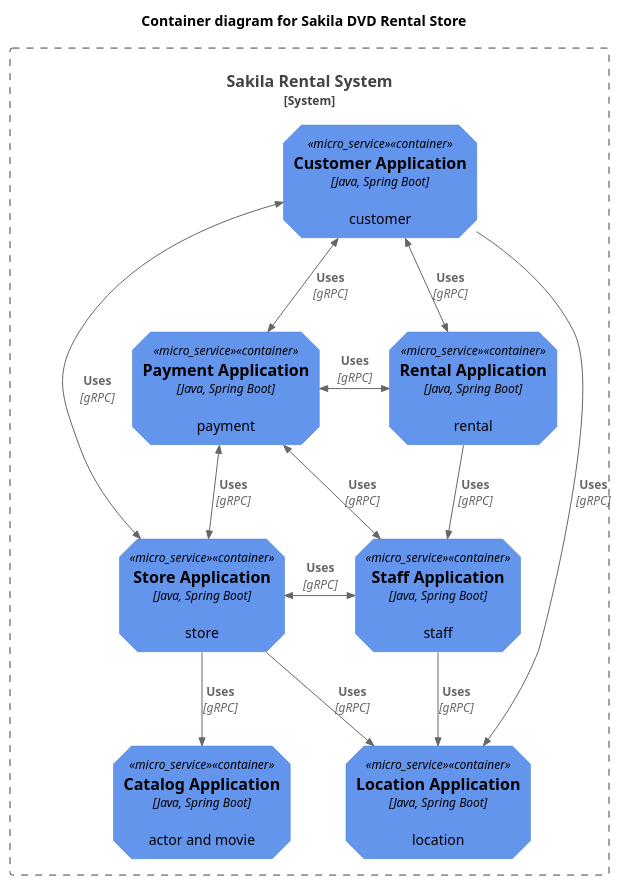
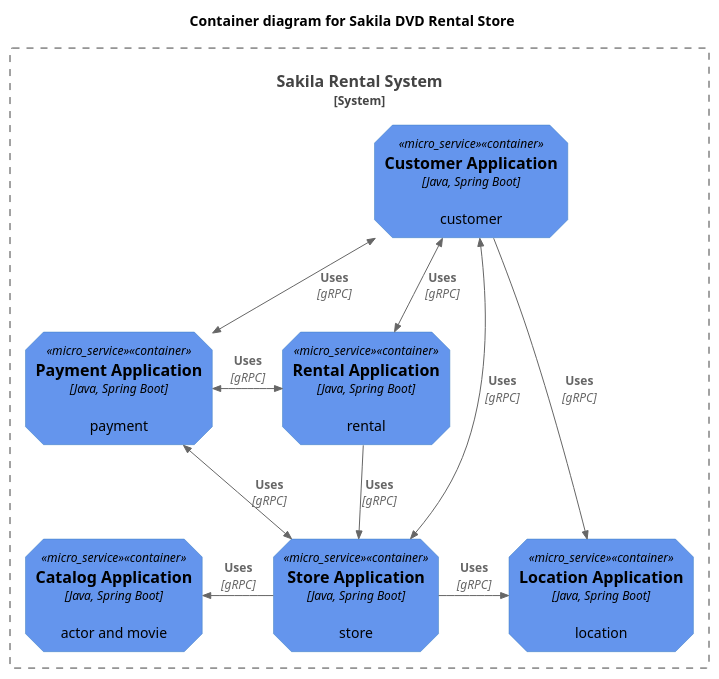
The diagram in diagram/sakila-container.puml (codejsha/sakila-microservices), drawn with PlantUML before and after one commit. The commit also changed 33 other files, not shown here.

Commit message:
update architecture

```diff
--- a/diagram/sakila-container.puml
+++ b/diagram/sakila-container.puml
@@ -1,36 +1,31 @@
 @startuml "sakila-container"
 !include https://raw.githubusercontent.com/plantuml-stdlib/C4-PlantUML/master/C4_Container.puml
 
 AddElementTag("micro_service", $shape=EightSidedShape(), $bgColor="CornflowerBlue", $fontColor="black", $legendText="micro service\neight sided")
 AddElementTag("storage", $shape=RoundedBoxShape(), $bgColor="lightSkyBlue", $fontColor="black")
 
 title Container diagram for Sakila DVD Rental Store
 
 System_Boundary(sakila, "Sakila Rental System") {
     Container(catalog_app, "Catalog Application", "Java, Spring Boot", "actor and movie", $tags = "micro_service")
     Container(customer_app, "Customer Application", "Java, Spring Boot", "customer", $tags = "micro_service")
     Container(location_app, "Location Application", "Java, Spring Boot", "location", $tags = "micro_service")
     Container(payment_app, "Payment Application", "Java, Spring Boot", "payment", $tags = "micro_service")
     Container(rental_app, "Rental Application", "Java, Spring Boot", "rental", $tags = "micro_service")
-    Container(staff_app, "Staff Application", "Java, Spring Boot", "staff", $tags = "micro_service")
     Container(store_app, "Store Application", "Java, Spring Boot", "store", $tags = "micro_service")
 }
 
 Rel_D(customer_app, location_app, "Uses", "gRPC")
 BiRel(customer_app, payment_app, "Uses", "gRPC")
 BiRel(customer_app, rental_app, "Uses", "gRPC")
 BiRel(customer_app, store_app, "Uses", "gRPC")
 
 BiRel_R(payment_app, rental_app, "Uses", "gRPC")
-BiRel(payment_app, staff_app, "Uses", "gRPC")
 BiRel(payment_app, store_app, "Uses", "gRPC")
 
-Rel(rental_app, staff_app, "Uses", "gRPC")
+Rel(rental_app, store_app, "Uses", "gRPC")
 
-Rel_D(staff_app, location_app, "Uses", "gRPC")
-BiRel_R(staff_app, store_app, "Uses", "gRPC")
-
-Rel(store_app, catalog_app, "Uses", "gRPC")
-Rel_D(store_app, location_app, "Uses", "gRPC")
+Rel_L(store_app, catalog_app, "Uses", "gRPC")
+Rel_R(store_app, location_app, "Uses", "gRPC")
 
 @enduml
```
